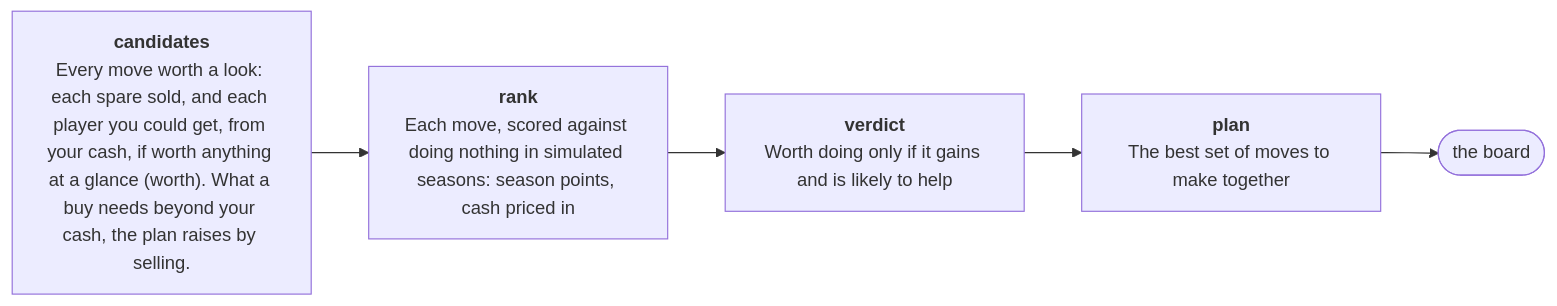
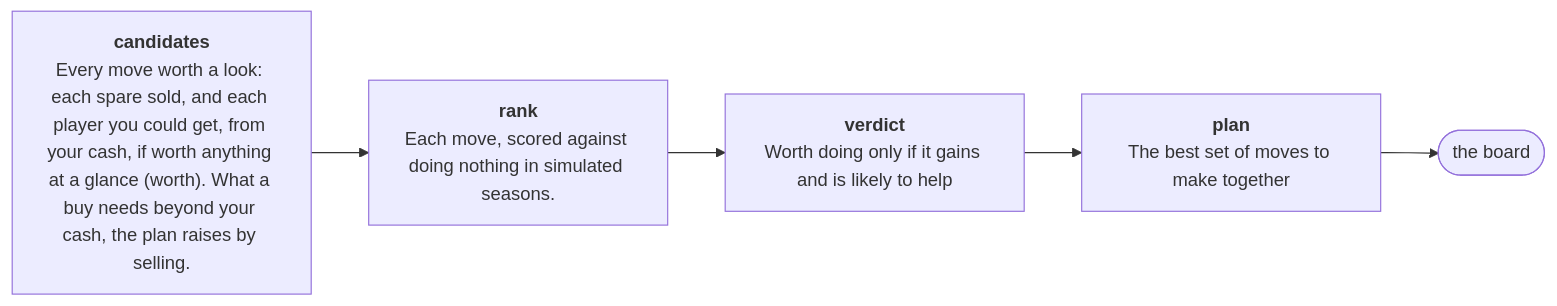
One commit to OrsM/liga_five_guys changed the diagram in docs/funnel.mmd. Above: the diagram before and after it, drawn with Mermaid. The commit also changed 14 other files, not shown here.

```diff
--- a/docs/funnel.mmd
+++ b/docs/funnel.mmd
@@ -1,9 +1,9 @@
 flowchart LR
     s0["<b>candidates</b><br/>Every move worth a look: each spare sold, and each player you could get, from your cash, if worth anything at a glance (worth). What a buy needs beyond your cash, the plan raises by selling."]
-    s1["<b>rank</b><br/>Each move, scored against doing nothing in simulated seasons: season points, cash priced in"]
+    s1["<b>rank</b><br/>Each move, scored against doing nothing in simulated seasons."]
     s0 --> s1
     s2["<b>verdict</b><br/>Worth doing only if it gains and is likely to help"]
     s1 --> s2
     s3["<b>plan</b><br/>The best set of moves to make together"]
     s2 --> s3
     s3 --> board(["the board"])
```
